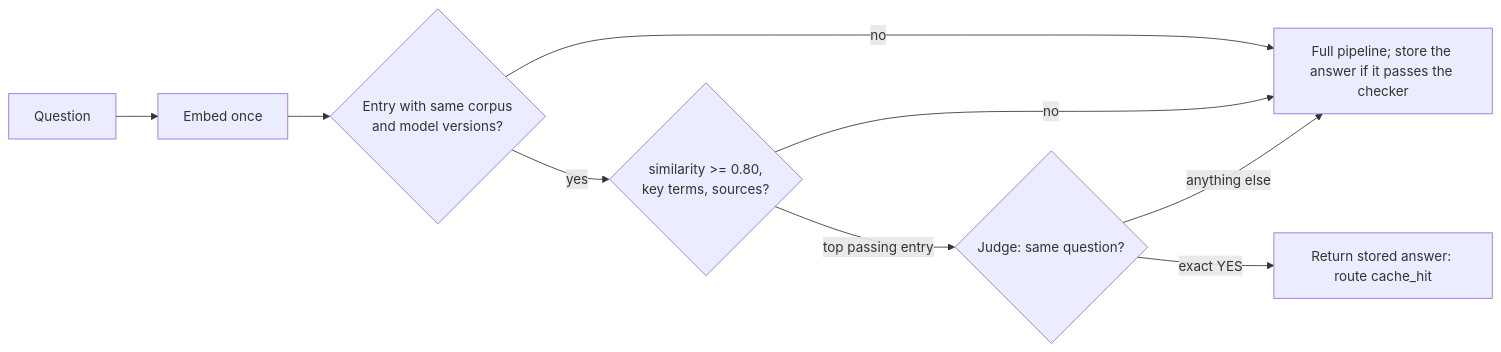
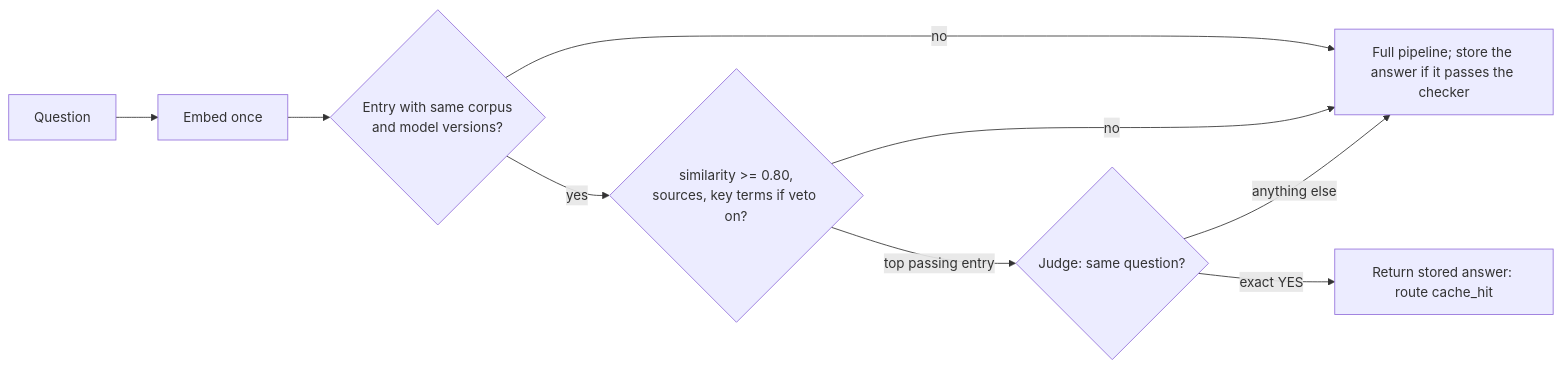
Before and after one commit to Soorya2201/adaptive-enterprise-rag: the third of 3 diagrams in docs/ARCHITECTURE.md, drawn with Mermaid. The commit also changed 6 other files, not shown here.

````diff
--- a/docs/ARCHITECTURE.md
+++ b/docs/ARCHITECTURE.md
@@ -131,11 +131,11 @@
 ```mermaid
 flowchart LR
     Q[Question] --> E[Embed once]
     E --> V{Entry with same corpus<br/>and model versions?}
     V -->|no| P
-    V -->|yes| C{similarity >= 0.80,<br/>key terms, sources?}
+    V -->|yes| C{similarity >= 0.80,<br/>sources, key terms if veto on?}
     C -->|no| P[Full pipeline; store the answer if it passes the checker]
     C -->|top passing entry| J{Judge: same question?}
     J -->|exact YES| H[Return stored answer: route cache_hit]
     J -->|anything else| P
 ```
````
